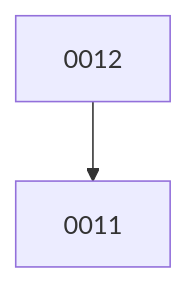
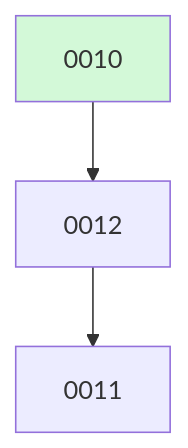
Before and after one commit to ethanhinson/fuse: the diagram in docs/changes/BOARD.md, drawn with Mermaid. The commit also changed other lines of this file, not shown here.

````diff
--- a/docs/changes/BOARD.md
+++ b/docs/changes/BOARD.md
@@ -11,4 +12,7 @@
 ```mermaid
 graph TD
   0012 --> 0011
+  0010 --> 0012
+  0010:::done
+  classDef done fill:#d3f9d8;
 ```
````
